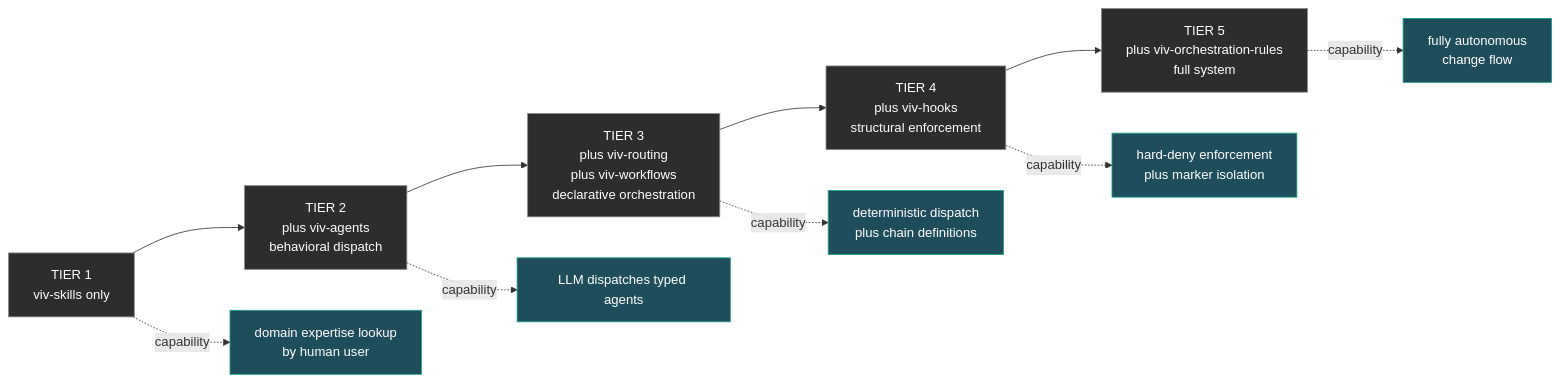
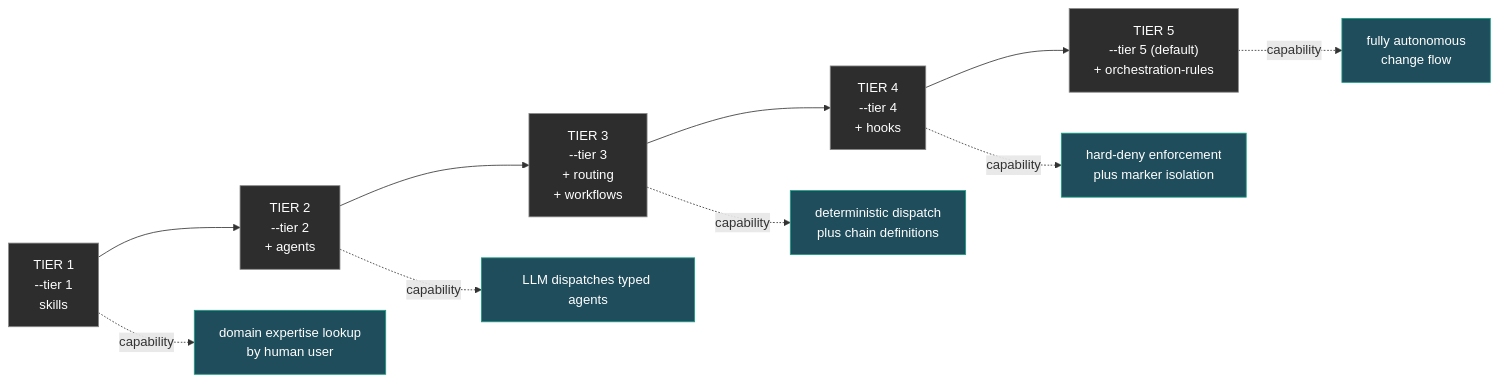
One commit to viblocks/viv-typed-agents changed the third of 3 diagrams in SPEC.md. Above: the diagram before and after it, drawn with Mermaid. The commit also changed other lines of this file, not shown here.

Commit message:
docs(spec): G4 + section 7 reframed as installer configurations (ADR-RD-010)

````diff
--- a/SPEC.md
+++ b/SPEC.md
@@ -336,25 +336,25 @@
 ```mermaid
 graph LR
-    T1["TIER 1<br/>viv-skills only"]
-    T2["TIER 2<br/>plus viv-agents<br/>behavioral dispatch"]
-    T3["TIER 3<br/>plus viv-routing<br/>plus viv-workflows<br/>declarative orchestration"]
-    T4["TIER 4<br/>plus viv-hooks<br/>structural enforcement"]
-    T5["TIER 5<br/>plus viv-orchestration-rules<br/>full system"]
+    T1["TIER 1<br/>--tier 1<br/>skills"]
+    T2["TIER 2<br/>--tier 2<br/>+ agents"]
+    T3["TIER 3<br/>--tier 3<br/>+ routing<br/>+ workflows"]
+    T4["TIER 4<br/>--tier 4<br/>+ hooks"]
+    T5["TIER 5<br/>--tier 5 (default)<br/>+ orchestration-rules"]
 
     T1 --> T2
     T2 --> T3
     T3 --> T4
     T4 --> T5
 
     T1 -.->|capability| C1["domain expertise lookup<br/>by human user"]
     T2 -.->|capability| C2["LLM dispatches typed agents"]
     T3 -.->|capability| C3["deterministic dispatch<br/>plus chain definitions"]
     T4 -.->|capability| C4["hard-deny enforcement<br/>plus marker isolation"]
     T5 -.->|capability| C5["fully autonomous<br/>change flow"]
 
     classDef tier fill:#2d2d2d,stroke:#888,color:#fff
     classDef cap fill:#1f4d5c,stroke:#16a085,color:#fff
 
     class T1,T2,T3,T4,T5 tier
     class C1,C2,C3,C4,C5 cap
 ```
````
